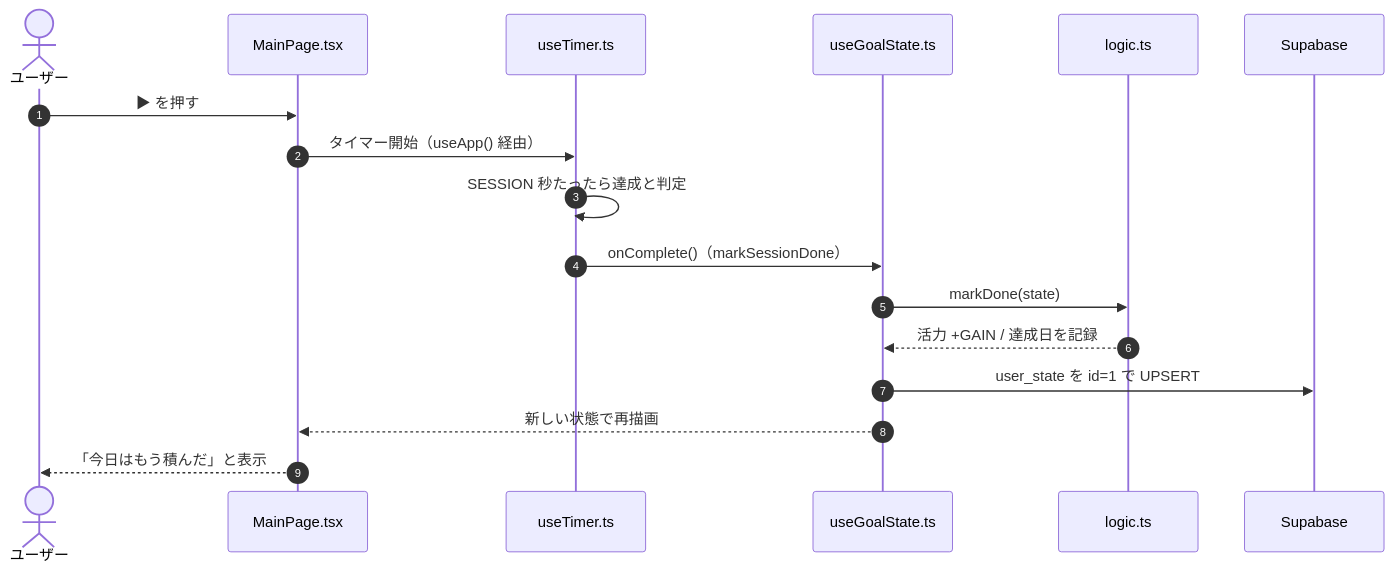
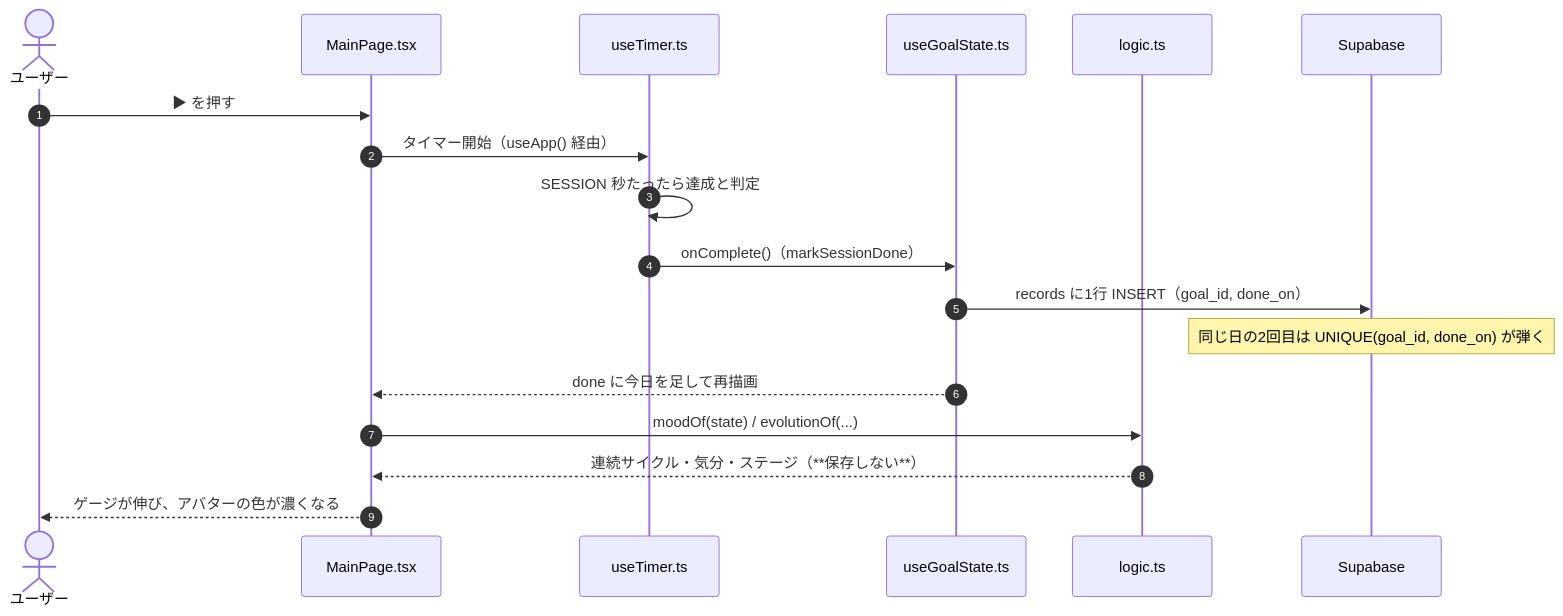
One commit to kuramochi703/keep-motivation-app changed the fourth of 6 diagrams in ARCHITECTURE.md. Above: the diagram before and after it, drawn with Mermaid. The commit also changed other lines of this file and 10 other files, not shown here.

````diff
--- a/ARCHITECTURE.md
+++ b/ARCHITECTURE.md
@@ -202,20 +203,21 @@
 ```mermaid
 sequenceDiagram
     autonumber
     actor U as ユーザー
     participant M as MainPage.tsx
     participant T as useTimer.ts
     participant G as useGoalState.ts
     participant L as logic.ts
     participant S as Supabase
 
     U->>M: ▶ を押す
     M->>T: タイマー開始（useApp() 経由）
     T->>T: SESSION 秒たったら達成と判定
     T->>G: onComplete()（markSessionDone）
-    G->>L: markDone(state)
-    L-->>G: 活力 +GAIN / 達成日を記録
-    G->>S: user_state を id=1 で UPSERT
-    G-->>M: 新しい状態で再描画
-    M-->>U: 「今日はもう積んだ」と表示
+    G->>S: records に1行 INSERT（goal_id, done_on）
+    Note over S: 同じ日の2回目は UNIQUE(goal_id, done_on) が弾く
+    G-->>M: done に今日を足して再描画
+    M->>L: moodOf(state) / evolutionOf(...)
+    L-->>M: 連続サイクル・気分・ステージ（**保存しない**）
+    M-->>U: ゲージが伸び、アバターの色が濃くなる
 ```
````
